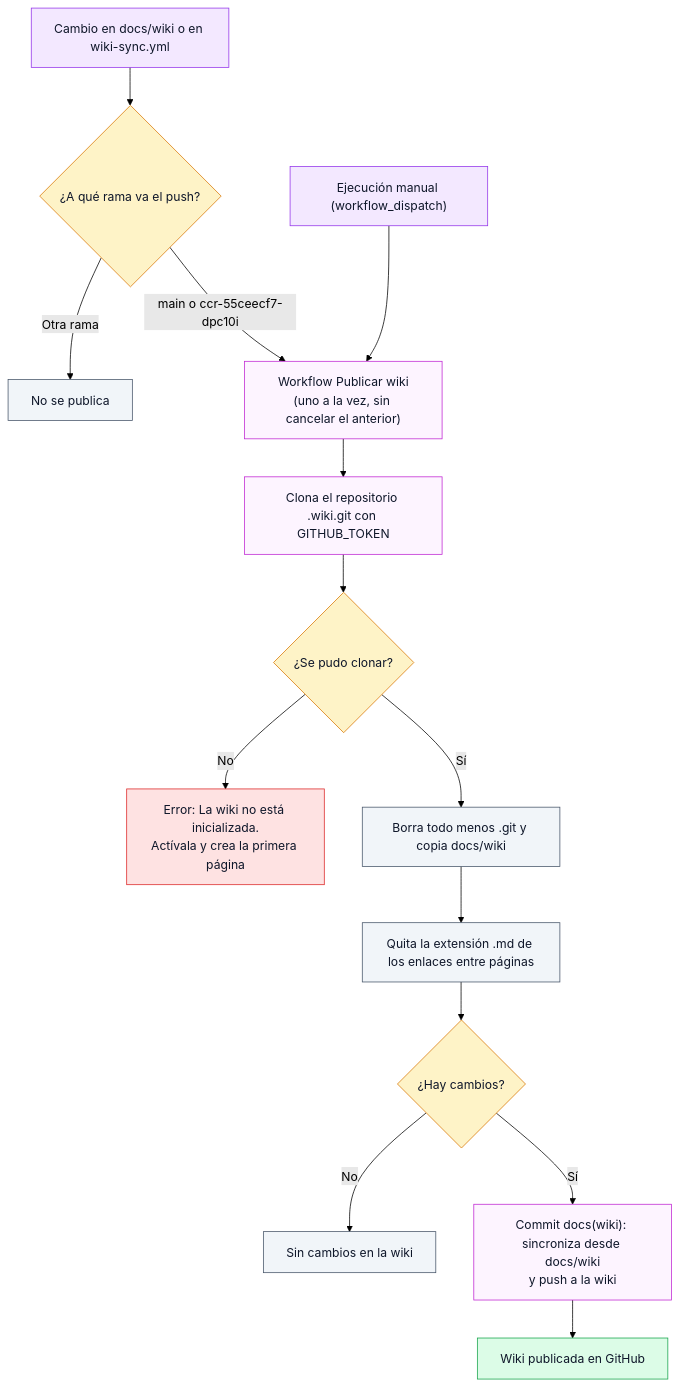
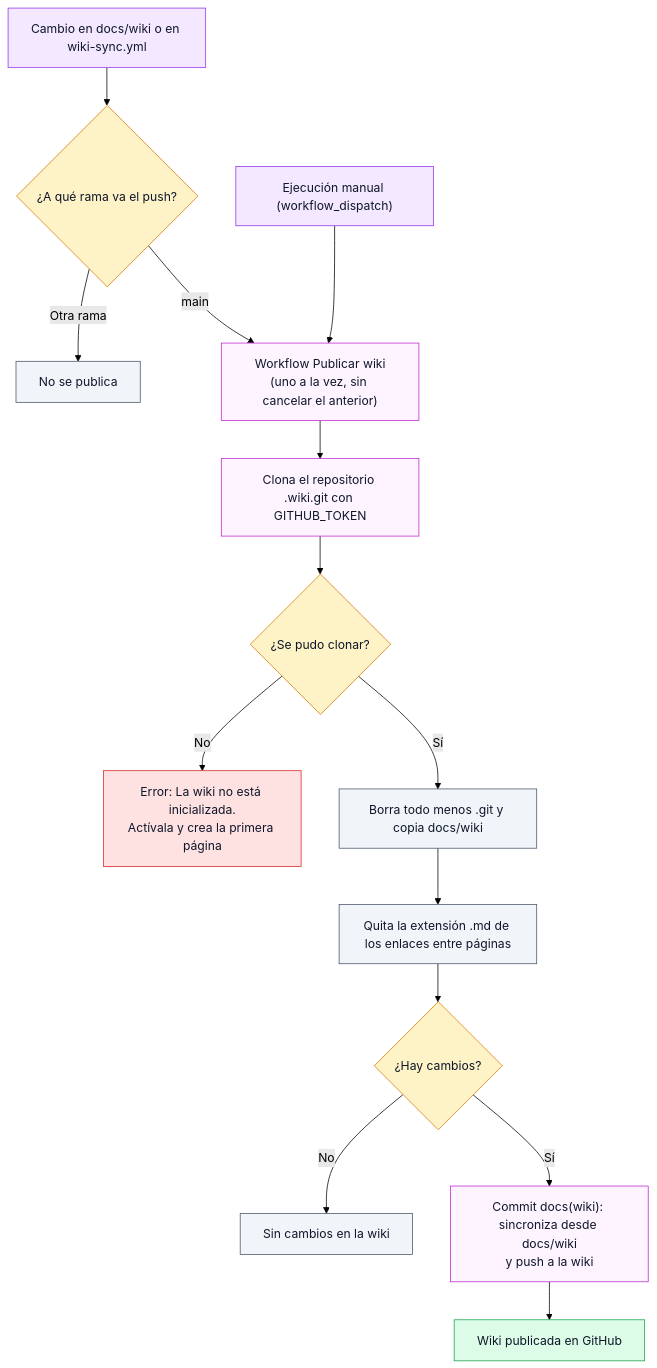
Diagram 17 of 23 in docs/wiki/Doc-14-2-Flujos-de-Administracion-y-Operacion.md (ronalc90/koptup), drawn with Mermaid (forest theme) before and after one commit. The commit also changed other lines of this file and 245 other files, not shown here.

````diff
--- a/docs/wiki/Doc-14-2-Flujos-de-Administracion-y-Operacion.md
+++ b/docs/wiki/Doc-14-2-Flujos-de-Administracion-y-Operacion.md
@@ -901,35 +908,35 @@
 ```mermaid
 flowchart TD
     classDef visitante fill:#dbeafe,stroke:#2563eb,color:#0f172a
     classDef sistema fill:#f1f5f9,stroke:#475569,color:#0f172a
     classDef admin fill:#f3e8ff,stroke:#9333ea,color:#0f172a
     classDef aviso fill:#dcfce7,stroke:#16a34a,color:#0f172a
     classDef decision fill:#fef3c7,stroke:#d97706,color:#0f172a
     classDef error fill:#fee2e2,stroke:#dc2626,color:#0f172a
     classDef externo fill:#fdf4ff,stroke:#c026d3,color:#0f172a
 
     W1["Cambio en docs/wiki o en wiki-sync.yml"]:::admin
     D1{"¿A qué rama va el push?"}:::decision
     W2["No se publica"]:::sistema
     W3["Workflow Publicar wiki<br/>(uno a la vez, sin cancelar el anterior)"]:::externo
     W0["Ejecución manual (workflow_dispatch)"]:::admin
     W4["Clona el repositorio .wiki.git con GITHUB_TOKEN"]:::externo
     D2{"¿Se pudo clonar?"}:::decision
     E1["Error: La wiki no está inicializada.<br/>Actívala y crea la primera página"]:::error
     W5["Borra todo menos .git y copia docs/wiki"]:::sistema
     W6["Quita la extensión .md de los enlaces entre páginas"]:::sistema
     D3{"¿Hay cambios?"}:::decision
     W7["Sin cambios en la wiki"]:::sistema
     W8["Commit docs(wiki): sincroniza desde docs/wiki<br/>y push a la wiki"]:::externo
     W9["Wiki publicada en GitHub"]:::aviso
 
     W1 --> D1
     D1 -->|"Otra rama"| W2
-    D1 -->|"main o ccr-55ceecf7-dpc10i"| W3
+    D1 -->|"main"| W3
     W0 --> W3
     W3 --> W4 --> D2
     D2 -->|"No"| E1
     D2 -->|"Sí"| W5 --> W6 --> D3
     D3 -->|"No"| W7
     D3 -->|"Sí"| W8 --> W9
 ```
````
